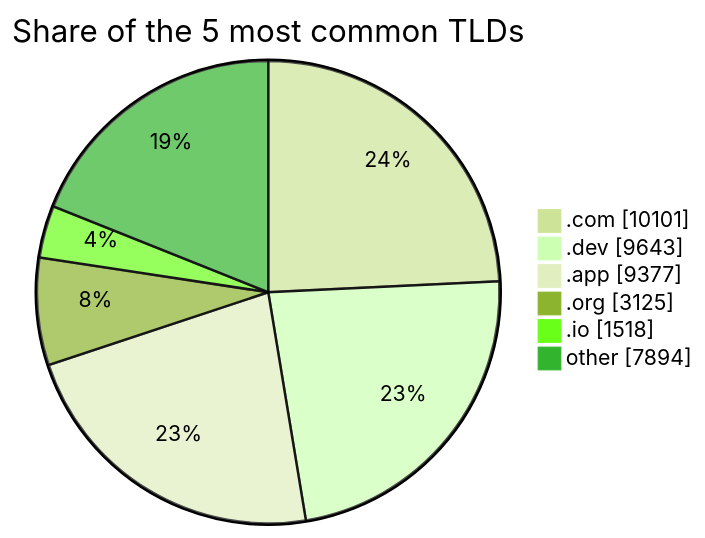
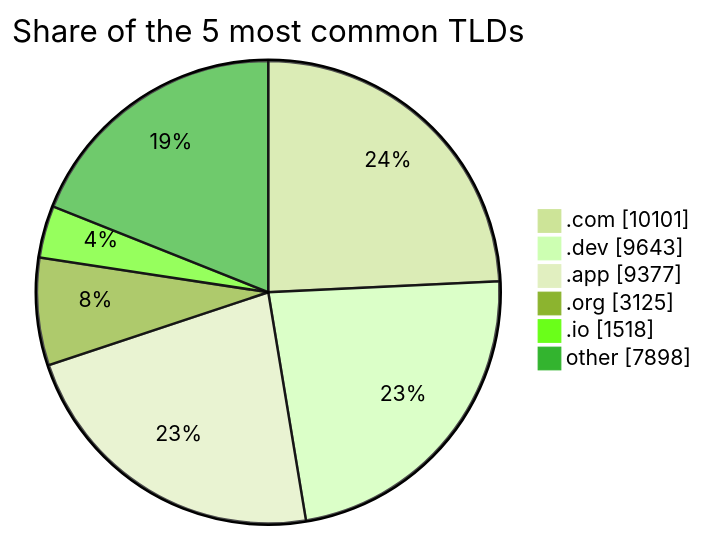
The third of 3 diagrams in README.md (DNSBunker/CTI), drawn with Mermaid (forest theme) before and after one commit. The commit also changed other lines of this file and 3 other files, not shown here.

````diff
--- a/README.md
+++ b/README.md
@@ -81,9 +81,9 @@
 ```mermaid
 pie showData title Share of the 5 most common TLDs
     ".com" : 10101
     ".dev" : 9643
     ".app" : 9377
     ".org" : 3125
     ".io" : 1518
-    "other" : 7894
+    "other" : 7898
 ```
````
